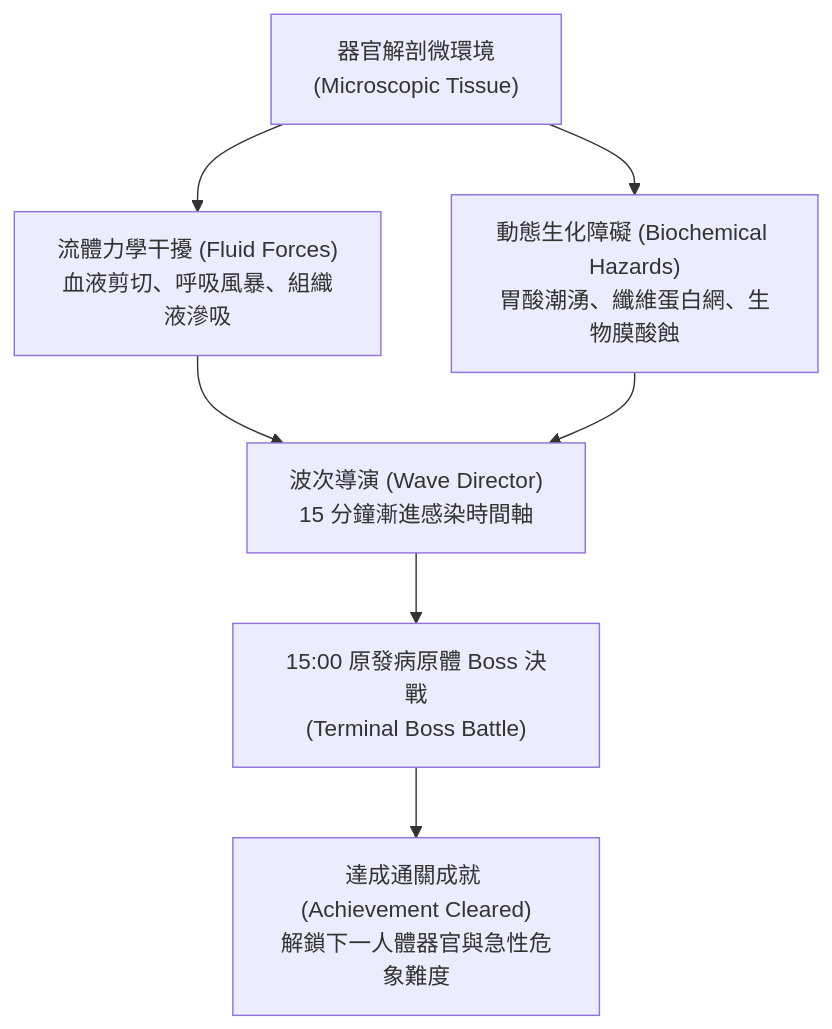
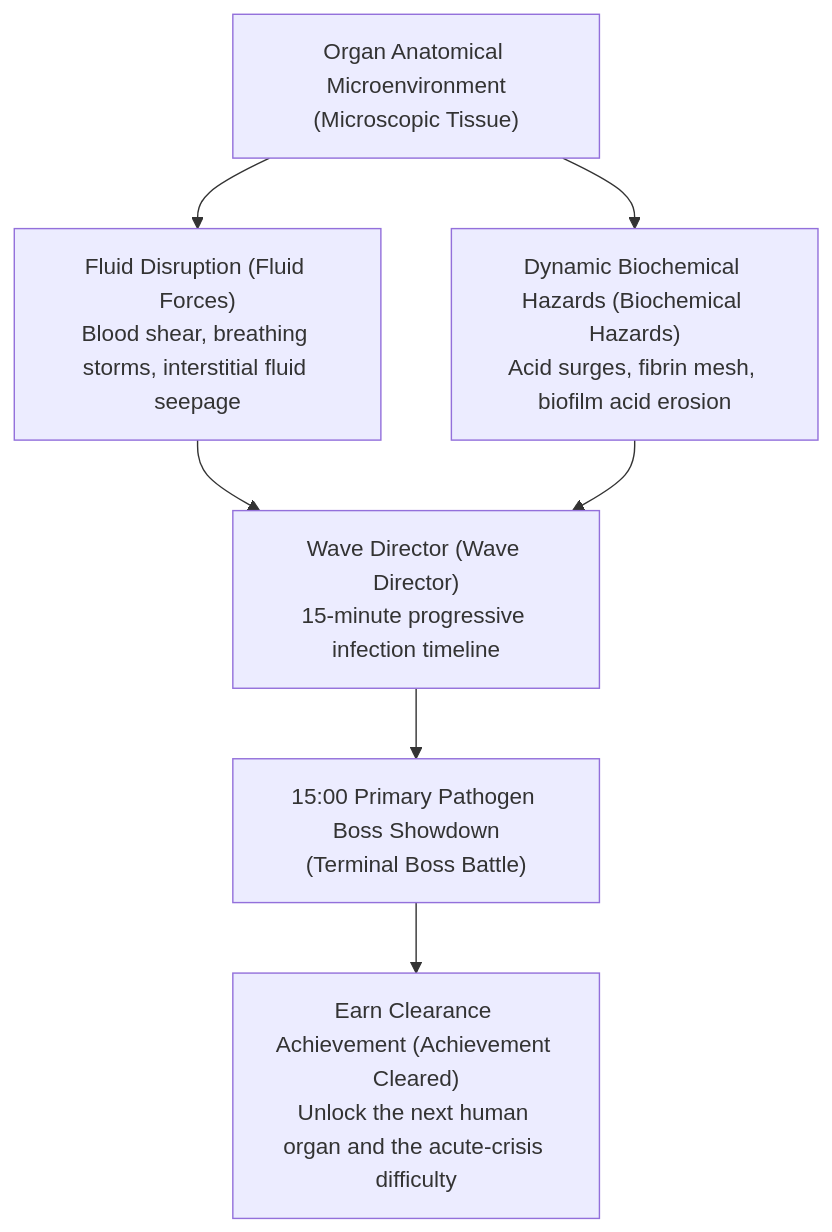
The first of 3 diagrams in docs/stages.md (skyrocket-qy/Phagocyte), drawn with Mermaid before and after one commit. The commit also changed other lines of this file and 17 other files, not shown here.

````diff
--- a/docs/stages.md
+++ b/docs/stages.md
@@ -9,8 +9,8 @@
 ```mermaid
 flowchart TD
-    A["器官解剖微環境<br>(Microscopic Tissue)"] --> B["流體力學干擾 (Fluid Forces)<br>血液剪切、呼吸風暴、組織液滲吸"]
-    A --> C["動態生化障礙 (Biochemical Hazards)<br>胃酸潮湧、纖維蛋白網、生物膜酸蝕"]
-    B & C --> D["波次導演 (Wave Director)<br>15 分鐘漸進感染時間軸"]
-    D --> E["15:00 原發病原體 Boss 決戰<br>(Terminal Boss Battle)"]
-    E --> F["達成通關成就 (Achievement Cleared)<br>解鎖下一人體器官與急性危象難度"]
+    A["Organ Anatomical Microenvironment<br>(Microscopic Tissue)"] --> B["Fluid Disruption (Fluid Forces)<br>Blood shear, breathing storms, interstitial fluid seepage"]
+    A --> C["Dynamic Biochemical Hazards (Biochemical Hazards)<br>Acid surges, fibrin mesh, biofilm acid erosion"]
+    B & C --> D["Wave Director (Wave Director)<br>15-minute progressive infection timeline"]
+    D --> E["15:00 Primary Pathogen Boss Showdown<br>(Terminal Boss Battle)"]
+    E --> F["Earn Clearance Achievement (Achievement Cleared)<br>Unlock the next human organ and the acute-crisis difficulty"]
 ```
````
